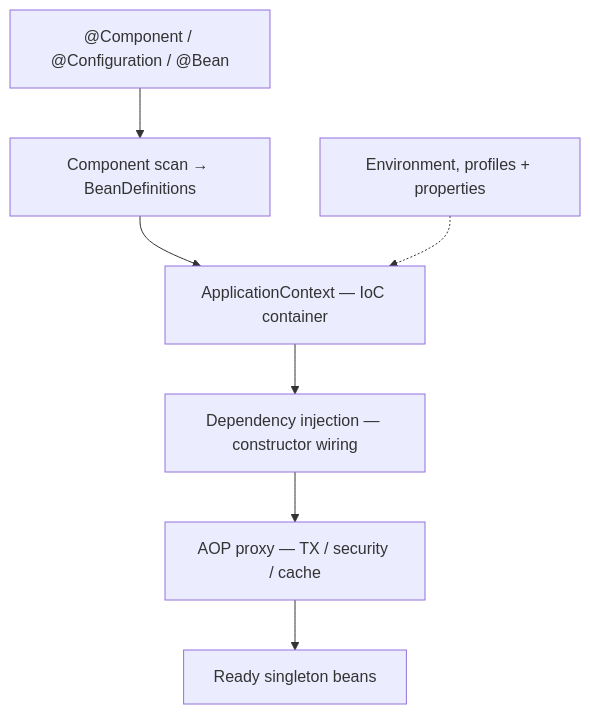
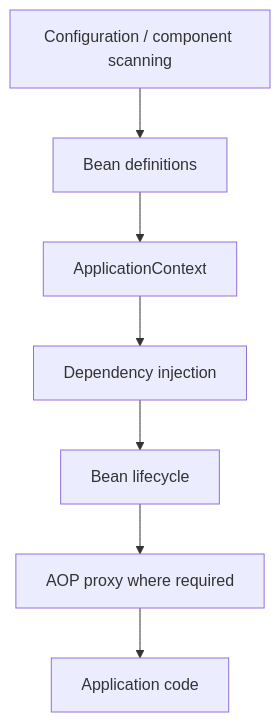
One commit to kotiansukesh/Engineering-Knowledge-System changed the diagram in Java/05_Spring/Spring Framework.md. Above: the diagram before and after it, drawn with Mermaid. The commit also changed other lines of this file and 32 other files, not shown here.

````diff
--- a/Java/05_Spring/Spring Framework.md
+++ b/Java/05_Spring/Spring Framework.md
@@ -167,9 +25,9 @@
 ```mermaid
 flowchart TD
- CODE["@Component / @Configuration / @Bean"] --> SCAN[Component scan → BeanDefinitions]
- SCAN --> CTX[ApplicationContext — IoC container]
- CTX --> DI[Dependency injection — constructor wiring]
- DI --> PROXY[AOP proxy — TX / security / cache]
- PROXY --> READY[Ready singleton beans]
- ENV[Environment, profiles + properties] -.-> CTX
+ C[Configuration / component scanning] --> B[Bean definitions]
+ B --> CTX[ApplicationContext]
+ CTX --> DI[Dependency injection]
+ DI --> LIFE[Bean lifecycle]
+ LIFE --> PROXY[AOP proxy where required]
+ PROXY --> APP[Application code]
 ```
````
